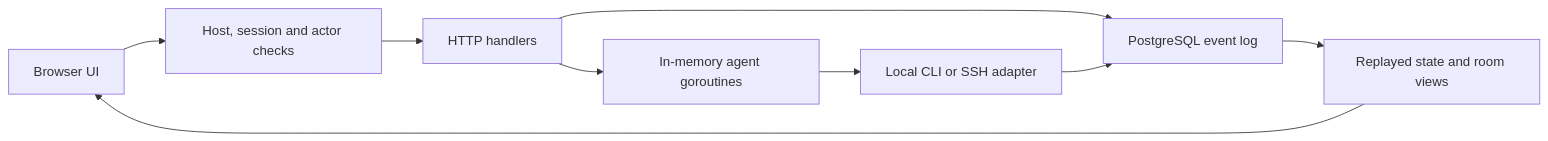
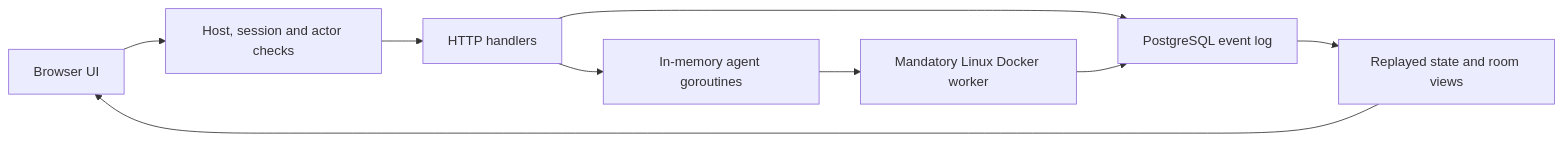
One commit to Daemon-Labs-Co/agent-commonroom changed the diagram in docs/architecture.md. Above: the diagram before and after it, drawn with Mermaid. The commit also changed other lines of this file and 62 other files, not shown here.

````diff
--- a/docs/architecture.md
+++ b/docs/architecture.md
@@ -9,11 +9,11 @@
 ```mermaid
 flowchart LR
     Browser[Browser UI] --> Guards[Host, session and actor checks]
     Guards --> Handlers[HTTP handlers]
     Handlers --> Store[PostgreSQL event log]
     Store --> Projection[Replayed state and room views]
     Projection --> Browser
     Handlers --> Jobs[In-memory agent goroutines]
-    Jobs --> CLI[Local CLI or SSH adapter]
+    Jobs --> CLI[Mandatory Linux Docker worker]
     CLI --> Store
 ```
````
